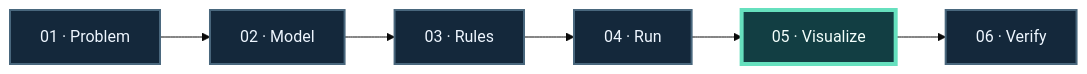
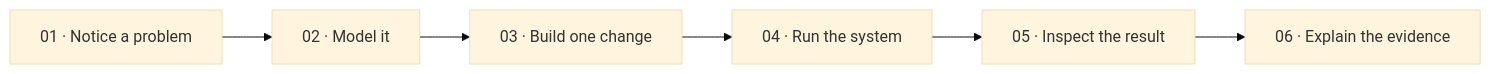
One commit to TrentBest/TheSingularityWorkshop.Learning changed the diagram in README.md. Above: the diagram before and after it, drawn with Mermaid (base theme). The commit also changed other lines of this file, not shown here.

````diff
--- a/README.md
+++ b/README.md
@@ -38,12 +26,8 @@
 ```mermaid
 flowchart LR
-    A["01 · Problem"] --> B["02 · Model"]
-    B --> C["03 · Rules"]
-    C --> D["04 · Run"]
-    D --> E["05 · Visualize"]
-    E --> F["06 · Verify"]
-    classDef normal fill:#14283b,stroke:#49677d,color:#eef6ff,stroke-width:2px
-    classDef featured fill:#123e43,stroke:#66e0be,color:#f3fffc,stroke-width:4px
-    class A,B,C,D,F normal
-    class E featured
+    A["01 · Notice a problem"] --> B["02 · Model it"]
+    B --> C["03 · Build one change"]
+    C --> D["04 · Run the system"]
+    D --> E["05 · Inspect the result"]
+    E --> F["06 · Explain the evidence"]
 ```
````
